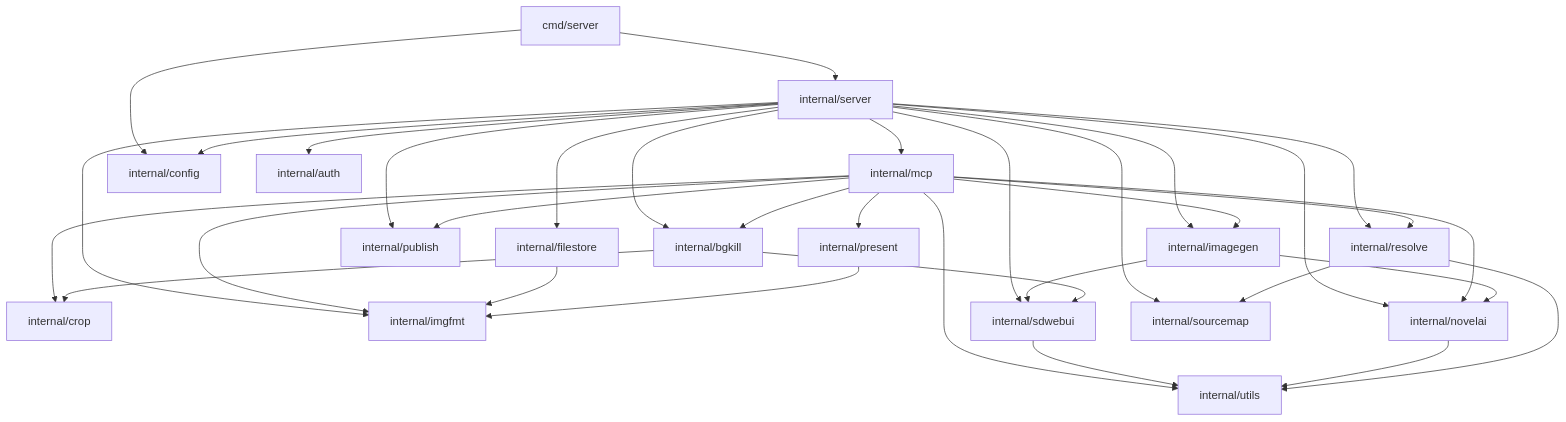
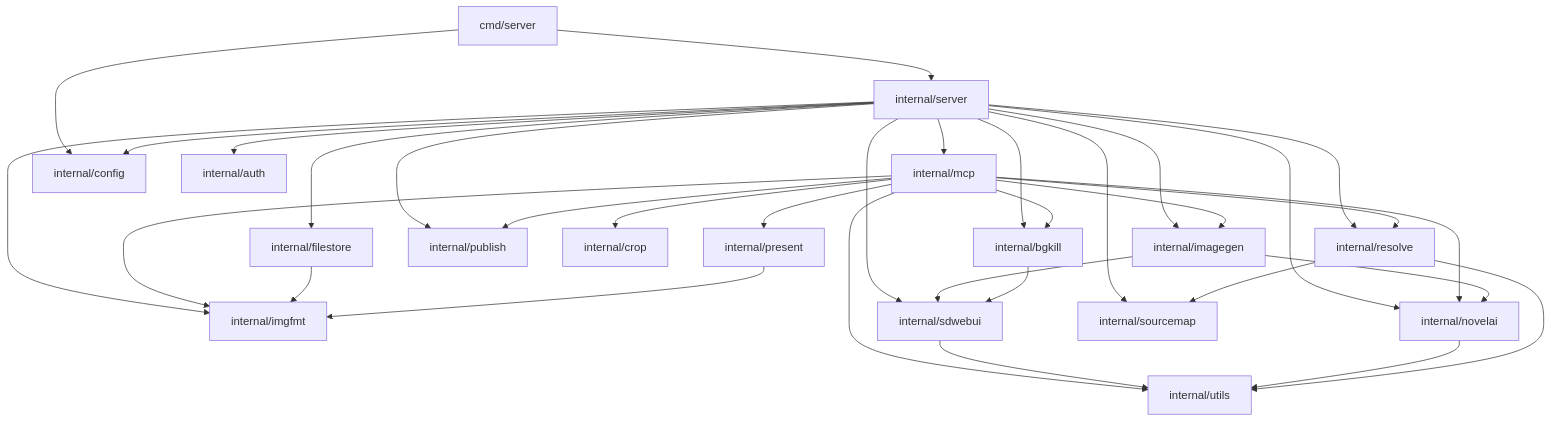
The diagram in AGENTS.md (wishmatic/neo-mcp), drawn with Mermaid before and after one commit. The commit also changed 5 other files, not shown here.

Commit message:
Remove crop options from bgkill tool

````diff
--- a/AGENTS.md
+++ b/AGENTS.md
@@ -75,58 +75,57 @@
 ```mermaid
 flowchart TD
     cmd["cmd/server"]
     server["internal/server"]
     mcp["internal/mcp"]
     imagegen["internal/imagegen"]
     bgkill["internal/bgkill"]
     present["internal/present"]
     publish["internal/publish"]
     crop["internal/crop"]
     imgfmt["internal/imgfmt"]
     sdwebui["internal/sdwebui"]
     novelai["internal/novelai"]
     sourcemap["internal/sourcemap"]
     resolve["internal/resolve"]
     filestore["internal/filestore"]
     config["internal/config"]
     auth["internal/auth"]
     utils["internal/utils"]
 
     cmd --> server
     cmd --> config
 
     server --> mcp
     server --> imagegen
     server --> bgkill
     server --> publish
     server --> auth
     server --> config
     server --> sdwebui
     server --> novelai
     server --> resolve
     server --> filestore
     server --> imgfmt
     server --> sourcemap
 
     mcp --> imagegen
     mcp --> bgkill
     mcp --> crop
     mcp --> present
     mcp --> publish
     mcp --> imgfmt
     mcp --> novelai
     mcp --> resolve
     mcp --> utils
 
     imagegen --> sdwebui
     imagegen --> novelai
     bgkill --> sdwebui
-    bgkill --> crop
     filestore --> imgfmt
     present --> imgfmt
 
     sdwebui --> utils
     novelai --> utils
     resolve --> sourcemap
     resolve --> utils
 ```
````
